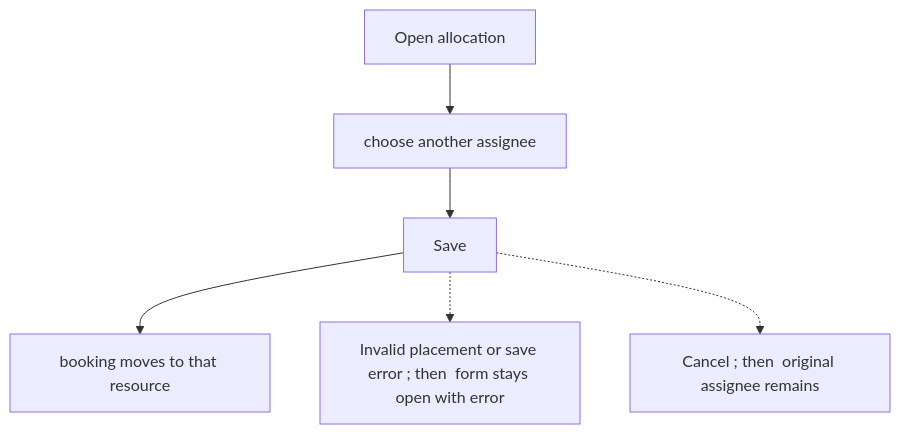
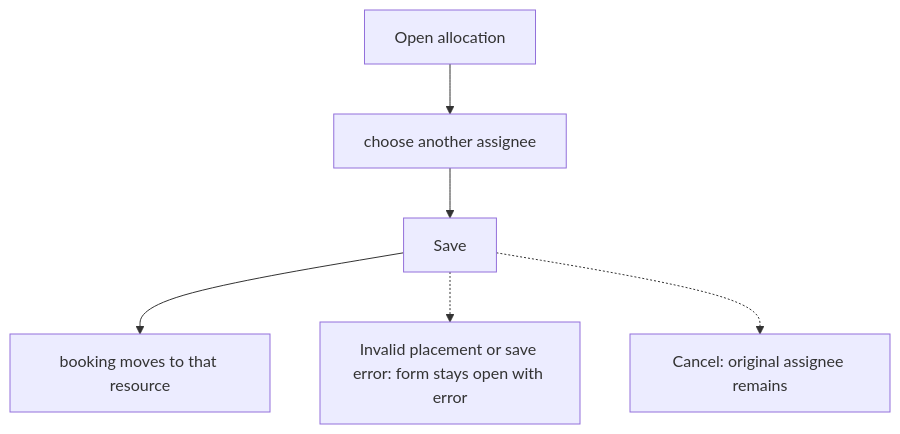
One commit to Kevinjohn/capacitylens changed the first of 2 diagrams in user-stories/allocation/US-ALL-06-change-assignee.md. Above: the diagram before and after it, drawn with Mermaid. The commit also changed 119 other files, not shown here.

First line of the commit message:
docs: correct story text and flow diagrams against current source

````diff
--- a/user-stories/allocation/US-ALL-06-change-assignee.md
+++ b/user-stories/allocation/US-ALL-06-change-assignee.md
@@ -23,14 +23,14 @@
 ```mermaid
 flowchart TD
   N1["Open allocation"]
   N2["choose another assignee"]
   N3["Save"]
   N4["booking moves to that resource"]
-  B1["Invalid placement or save error ; then  form stays open with error"]
-  B2["Cancel ; then  original assignee remains"]
+  B1["Invalid placement or save error: form stays open with error"]
+  B2["Cancel: original assignee remains"]
   N1 --> N2
   N2 --> N3
   N3 --> N4
   N3 -.-> B1
   N3 -.-> B2
 ```
````
